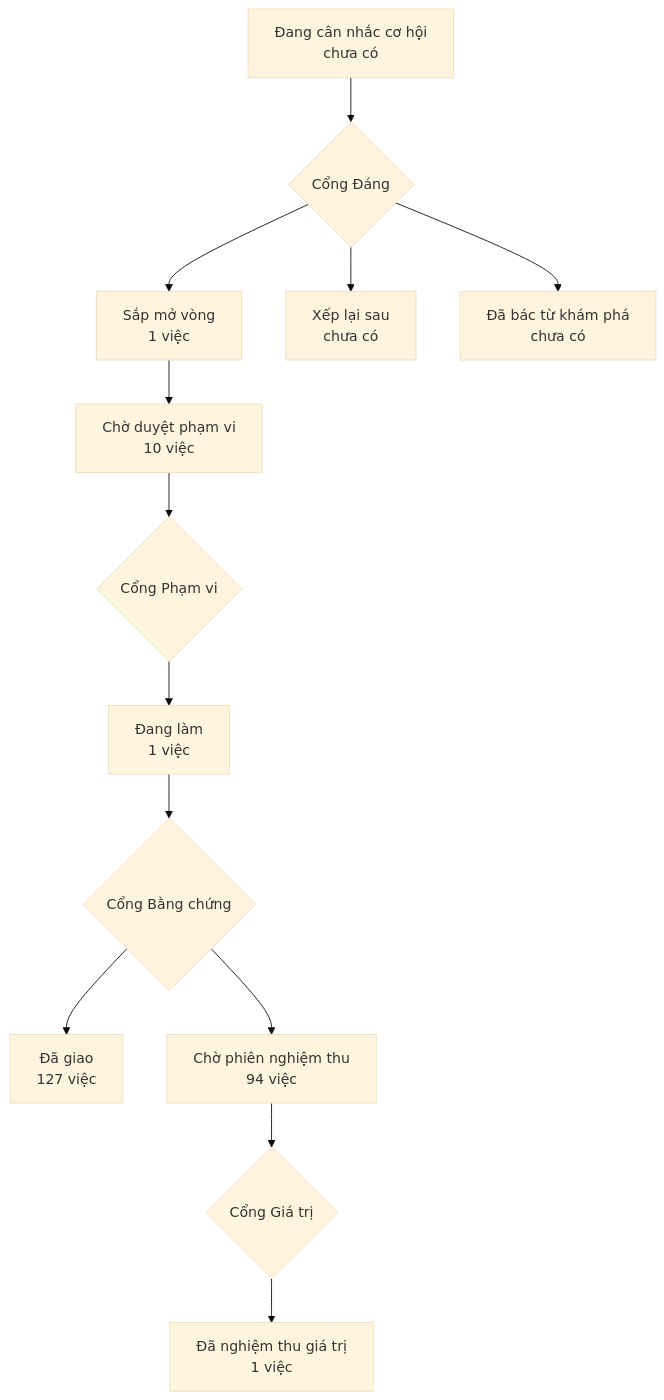
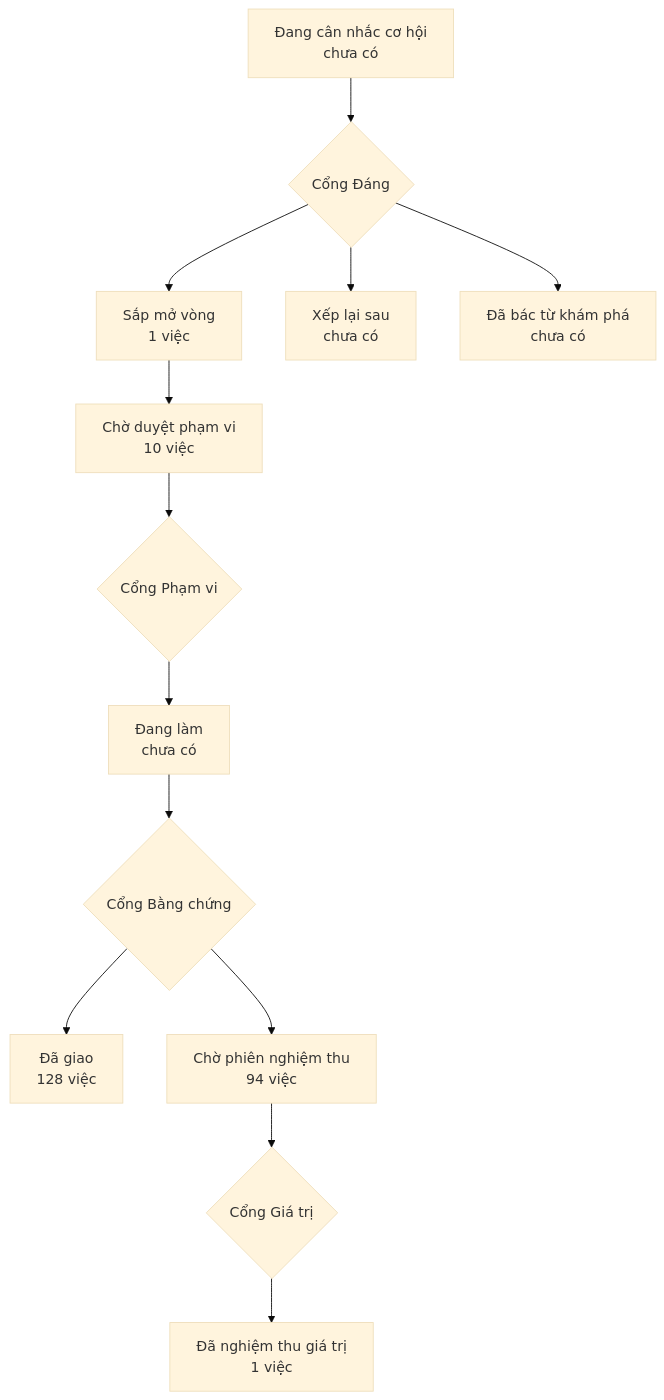
The diagram in PRODUCT-MAP.md (phanlemanh/onehub-invest), drawn with Mermaid (base theme) before and after one commit. The commit also changed other lines of this file and 5 other files, not shown here.

````diff
--- a/PRODUCT-MAP.md
+++ b/PRODUCT-MAP.md
@@ -7,12 +7,12 @@
 ```mermaid
 flowchart TD
   A["Đang cân nhắc cơ hội<br/>chưa có"] --> GD{"Cổng Đáng"}
   GD --> B["Sắp mở vòng<br/>1 việc"]
   GD --> XL["Xếp lại sau<br/>chưa có"]
   GD --> DB["Đã bác từ khám phá<br/>chưa có"]
   B --> CD["Chờ duyệt phạm vi<br/>10 việc"] --> GP{"Cổng Phạm vi"}
-  GP --> DL["Đang làm<br/>1 việc"] --> GB{"Cổng Bằng chứng"}
-  GB --> DG["Đã giao<br/>127 việc"]
+  GP --> DL["Đang làm<br/>chưa có"] --> GB{"Cổng Bằng chứng"}
+  GB --> DG["Đã giao<br/>128 việc"]
   GB --> CN["Chờ phiên nghiệm thu<br/>94 việc"] --> GG{"Cổng Giá trị"}
   GG --> NT["Đã nghiệm thu giá trị<br/>1 việc"]
 ```
````
